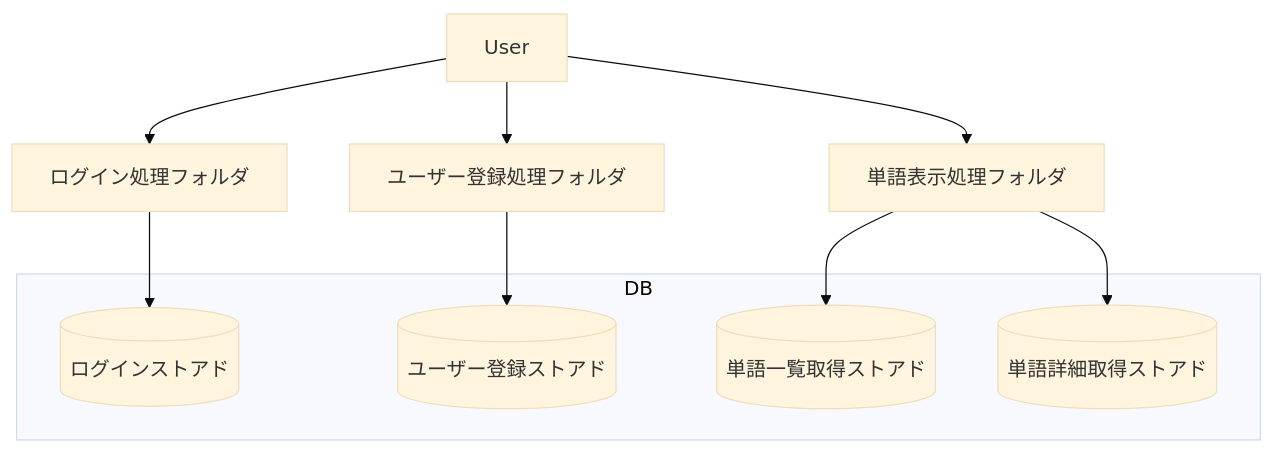
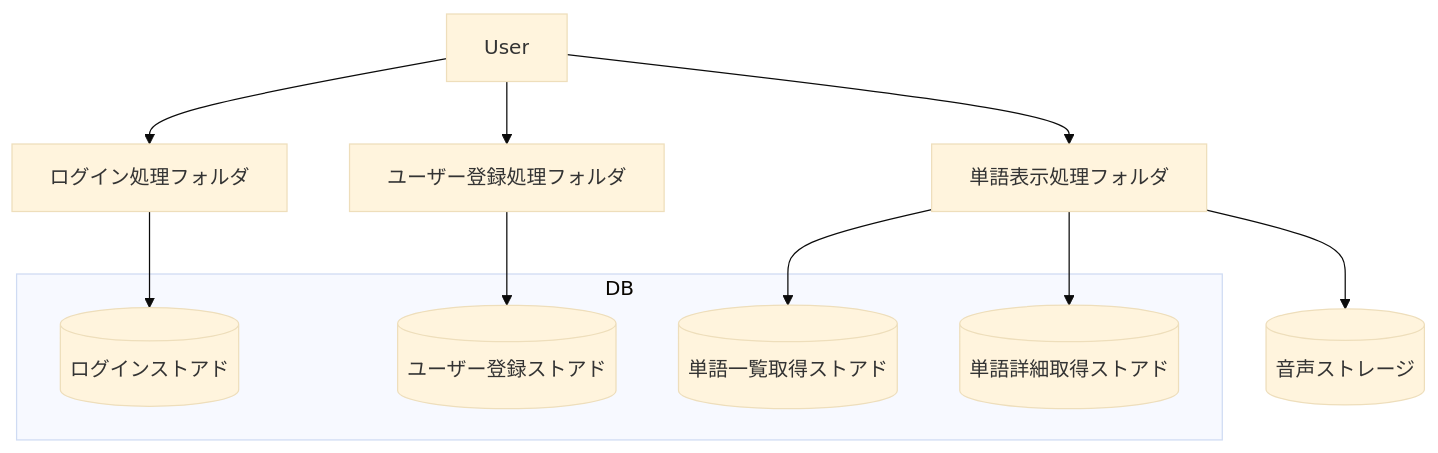
One commit to Keito654/anki-kun changed the first of 2 diagrams in 外部設計/機能設計.md. Above: the diagram before and after it, drawn with Mermaid (base theme). The commit also changed other lines of this file, not shown here.

````diff
--- a/外部設計/機能設計.md
+++ b/外部設計/機能設計.md
@@ -7,16 +7,17 @@
 ```mermaid
 graph TB
   User-->login[ログイン処理フォルダ]
   User-->join[ユーザー登録処理フォルダ]
   User-->word[単語表示処理フォルダ]
   login-->loginS[(ログインストアド)]
   join-->joinS[(ユーザー登録ストアド)]
   word-->wordListS[(単語一覧取得ストアド)]
   word-->wordDetailS[(単語詳細取得ストアド)]
+  word-->storage[(音声ストレージ)]
   subgraph DB
   loginS
   joinS
   wordListS
   wordDetailS
   end
 ```
````
